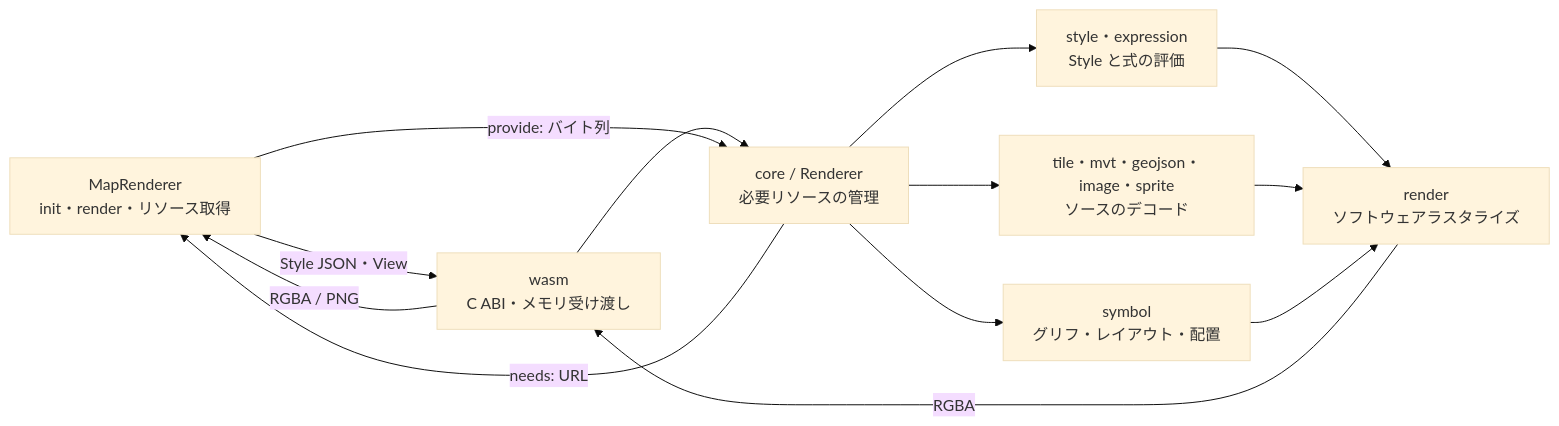
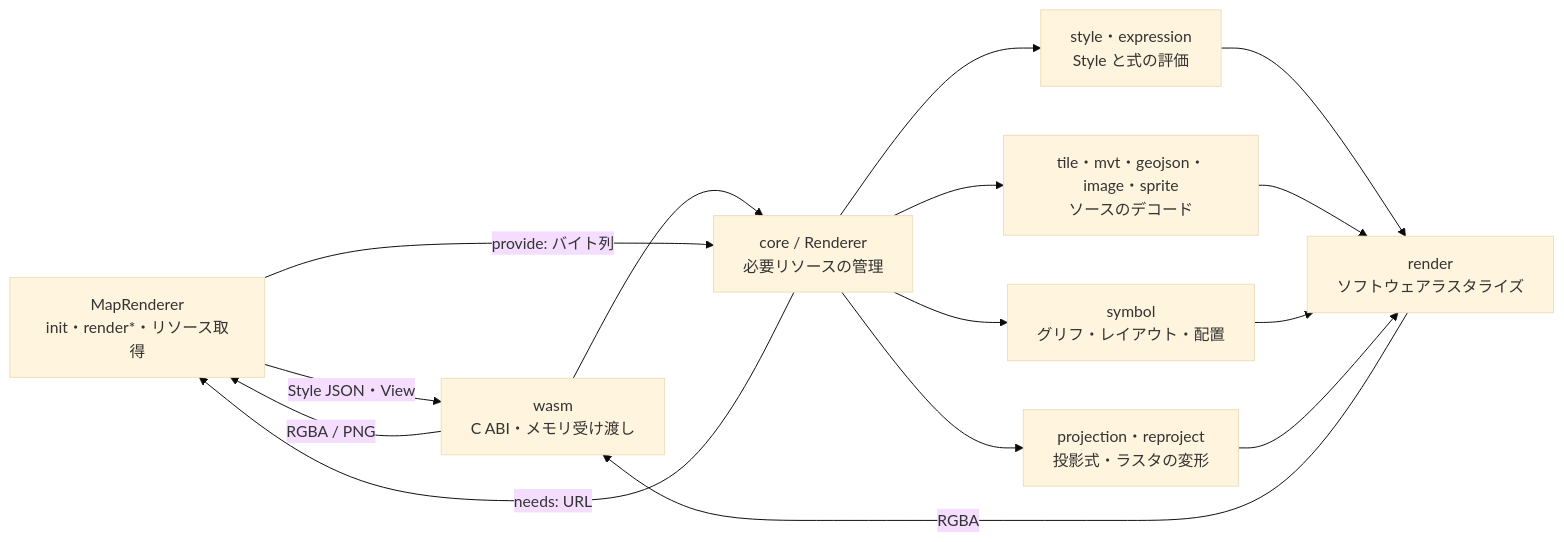
The diagram in README.md (Kanahiro/ml2drender), drawn with Mermaid (base theme) before and after one commit. The commit also changed other lines of this file and 28 other files, not shown here.

````diff
--- a/README.md
+++ b/README.md
@@ -89,15 +115,17 @@
 ```mermaid
 flowchart LR
-    Host[MapRenderer<br/>init・render・リソース取得] -->|Style JSON・View| ABI[wasm<br/>C ABI・メモリ受け渡し]
+    Host[MapRenderer<br/>init・render*・リソース取得] -->|Style JSON・View| ABI[wasm<br/>C ABI・メモリ受け渡し]
     ABI --> Core[core / Renderer<br/>必要リソースの管理]
     Core -->|needs: URL| Host
     Host -->|provide: バイト列| Core
     Core --> Style[style・expression<br/>Style と式の評価]
     Core --> Sources[tile・mvt・geojson・image・sprite<br/>ソースのデコード]
     Core --> Symbols[symbol<br/>グリフ・レイアウト・配置]
+    Core --> Proj[projection・reproject<br/>投影式・ラスタの変形]
     Style --> Draw[render<br/>ソフトウェアラスタライズ]
     Sources --> Draw
     Symbols --> Draw
+    Proj --> Draw
     Draw -->|RGBA| ABI
     ABI -->|RGBA / PNG| Host
 ```
````
